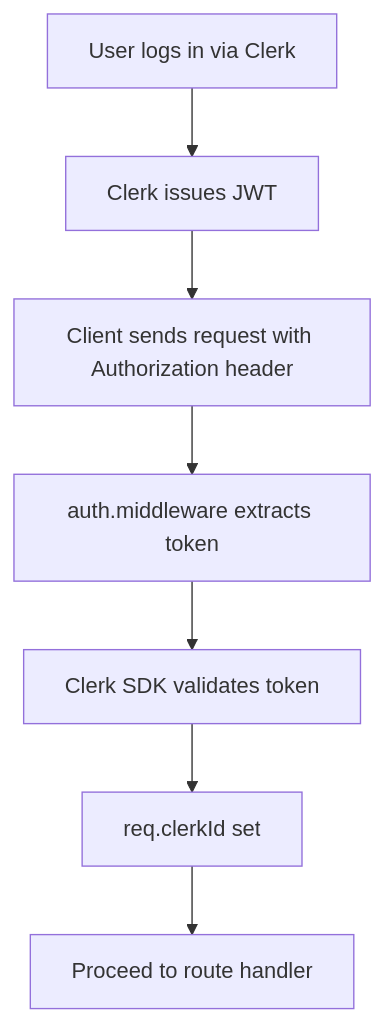
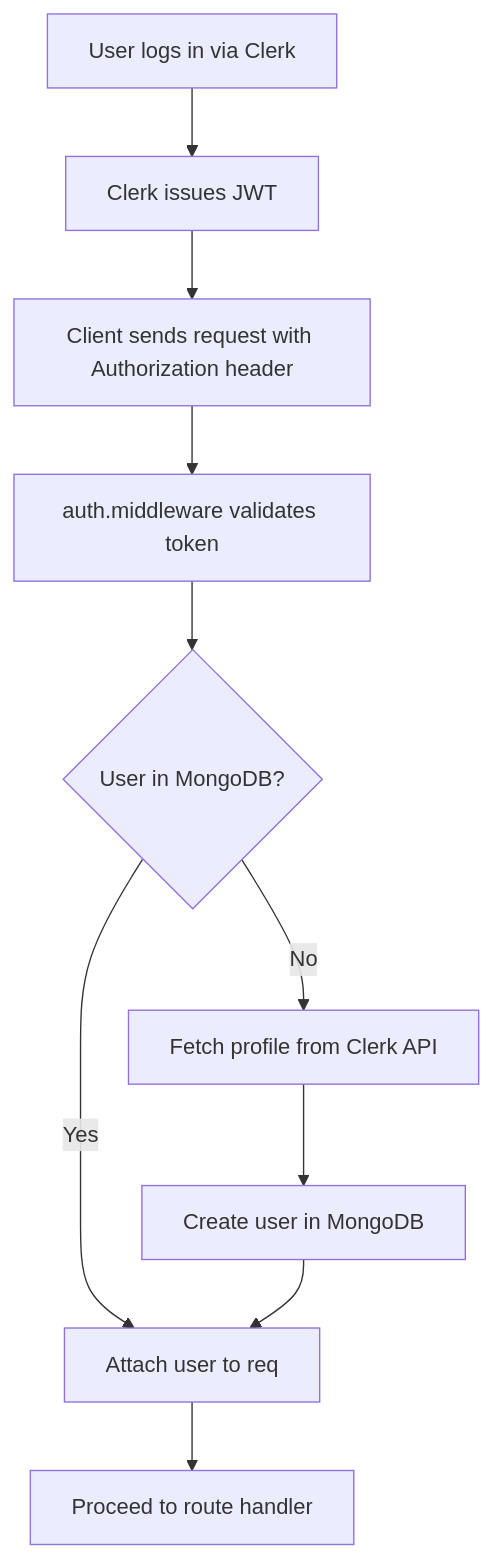
Before and after one commit to EnPassant-Chess-Forum-ABESEC/En-Passant-Backend: the second of 3 diagrams in docs/ARCHITECTURE.md, drawn with Mermaid. The commit also changed other lines of this file and 2 other files, not shown here.

Commit message:
docs: update API and architecture documentation for Just-In-Time user provisioning

````diff
--- a/docs/ARCHITECTURE.md
+++ b/docs/ARCHITECTURE.md
@@ -102,9 +102,12 @@
 ```mermaid
 flowchart TD
     A[User logs in via Clerk] --> B[Clerk issues JWT]
     B --> C[Client sends request with Authorization header]
-    C --> D[auth.middleware extracts token]
-    D --> E[Clerk SDK validates token]
-    E --> F[req.clerkId set]
-    F --> G[Proceed to route handler]
+    C --> D[auth.middleware validates token]
+    D --> E{User in MongoDB?}
+    E -- Yes --> F[Attach user to req]
+    E -- No --> G[Fetch profile from Clerk API]
+    G --> H[Create user in MongoDB]
+    H --> F
+    F --> I[Proceed to route handler]
 ```
````
